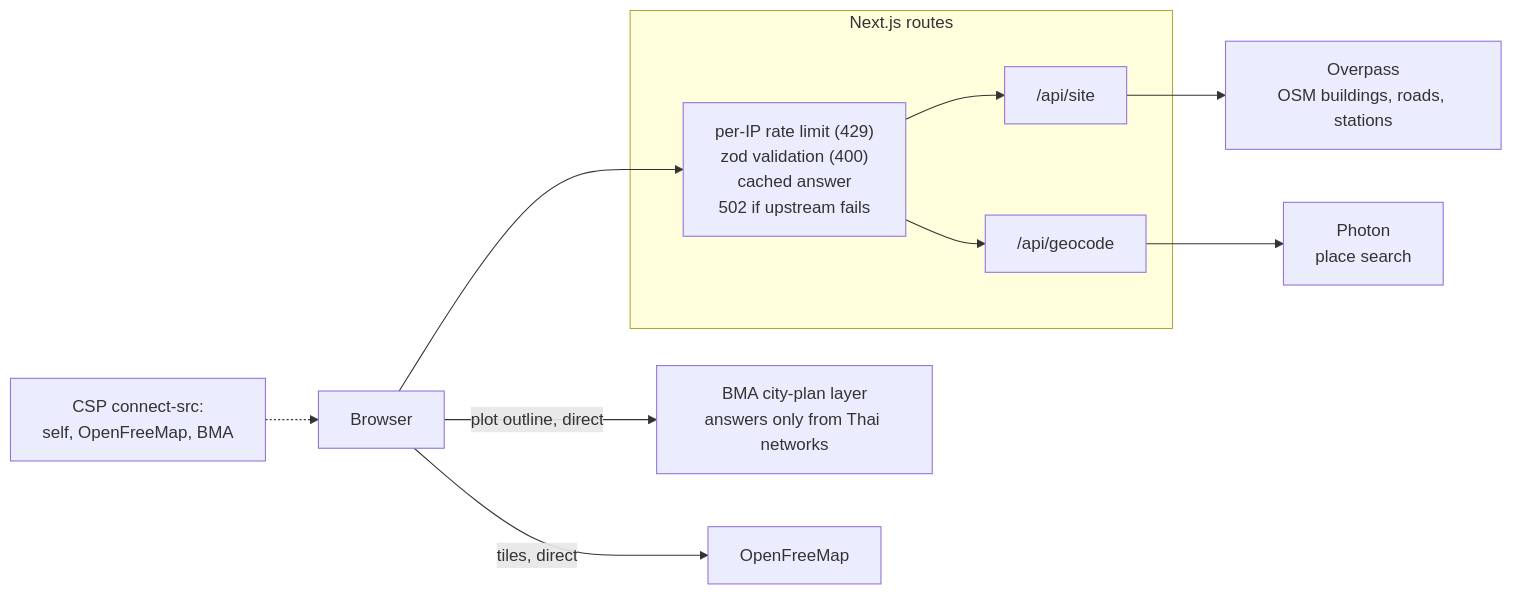
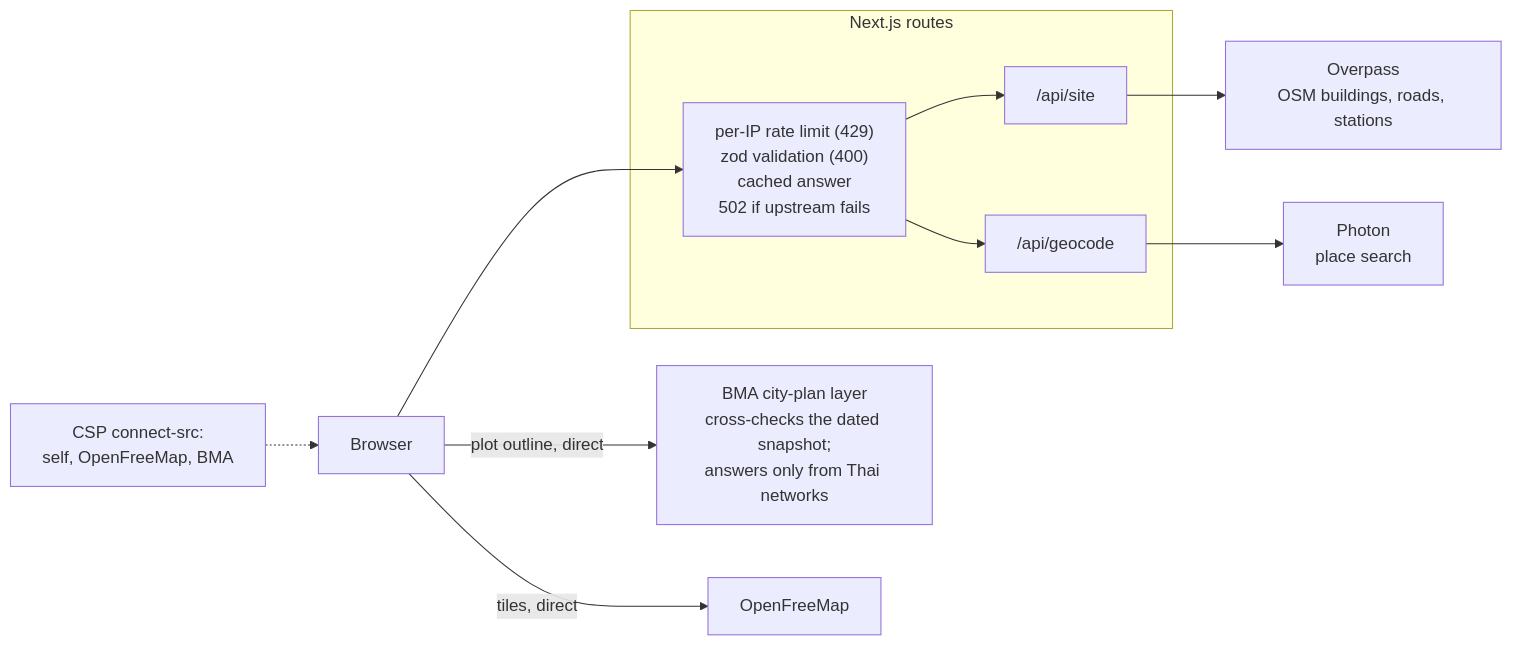
Before and after one commit to kunalgoesbyken/plotwise: the sixth of 6 diagrams in README.md, drawn with Mermaid. The commit also changed other lines of this file, not shown here.

Commit message:
docs(readme): the zone check reads a dated snapshot and cross-checks the live BMA layer

````diff
--- a/README.md
+++ b/README.md
@@ -132,15 +132,15 @@
 ```mermaid
 flowchart LR
   browser["Browser"]
   subgraph server["Next.js routes"]
     guard["per-IP rate limit (429)<br/>zod validation (400)<br/>cached answer<br/>502 if upstream fails"]
     site["/api/site"]
     geocode["/api/geocode"]
   end
   browser --> guard
   guard --> site --> overpass["Overpass<br/>OSM buildings, roads, stations"]
   guard --> geocode --> photon["Photon<br/>place search"]
-  browser -->|"plot outline, direct"| bma["BMA city-plan layer<br/>answers only from Thai networks"]
+  browser -->|"plot outline, direct"| bma["BMA city-plan layer<br/>cross-checks the dated snapshot;<br/>answers only from Thai networks"]
   browser -->|"tiles, direct"| tiles["OpenFreeMap"]
   csp["CSP connect-src:<br/>self, OpenFreeMap, BMA"] -.-> browser
 ```
````
